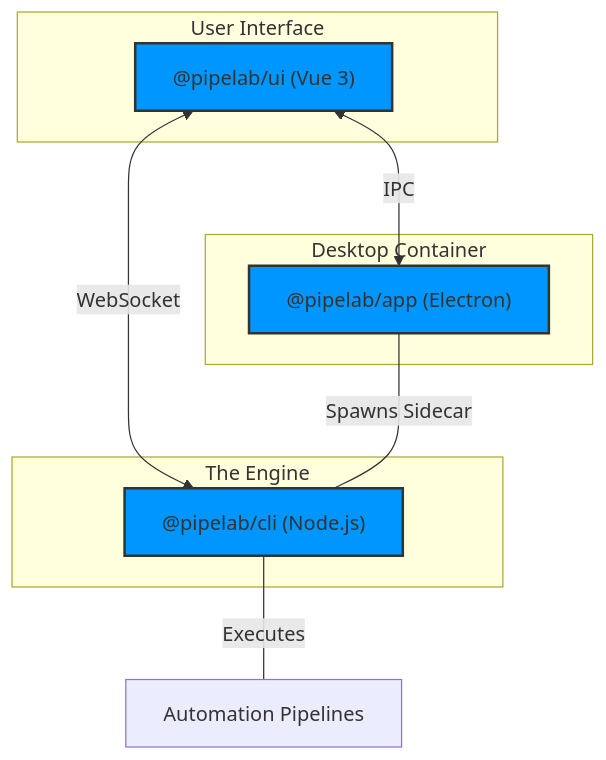
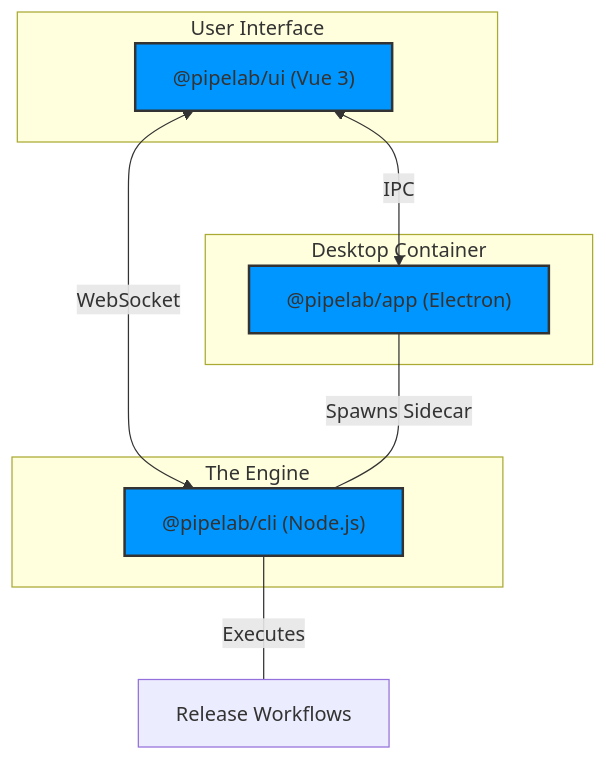
Before and after one commit to CynToolkit/pipelab: the diagram in README.md, drawn with Mermaid. The commit also changed other lines of this file and 106 other files, not shown here.

````diff
--- a/README.md
+++ b/README.md
@@ -11,23 +11,23 @@
 ```mermaid
 graph TD
     classDef main fill:#0096FF,stroke:#333,stroke-width:2px;
 
     subgraph UserInterface["User Interface"]
         UI["@pipelab/ui (Vue 3)"]
     end
 
     subgraph Container["Desktop Container"]
         Electron["@pipelab/app (Electron)"]
     end
 
     subgraph Engine["The Engine"]
         CLI["@pipelab/cli (Node.js)"]
     end
 
     UI <-->|WebSocket| CLI
     UI <-->|IPC| Electron
     Electron ---|Spawns Sidecar| CLI
-    CLI ---|Executes| Pipelines[Automation Pipelines]
+    CLI ---|Executes| Workflows[Release Workflows]
 
     class UI,Electron,CLI main;
 ```
````
